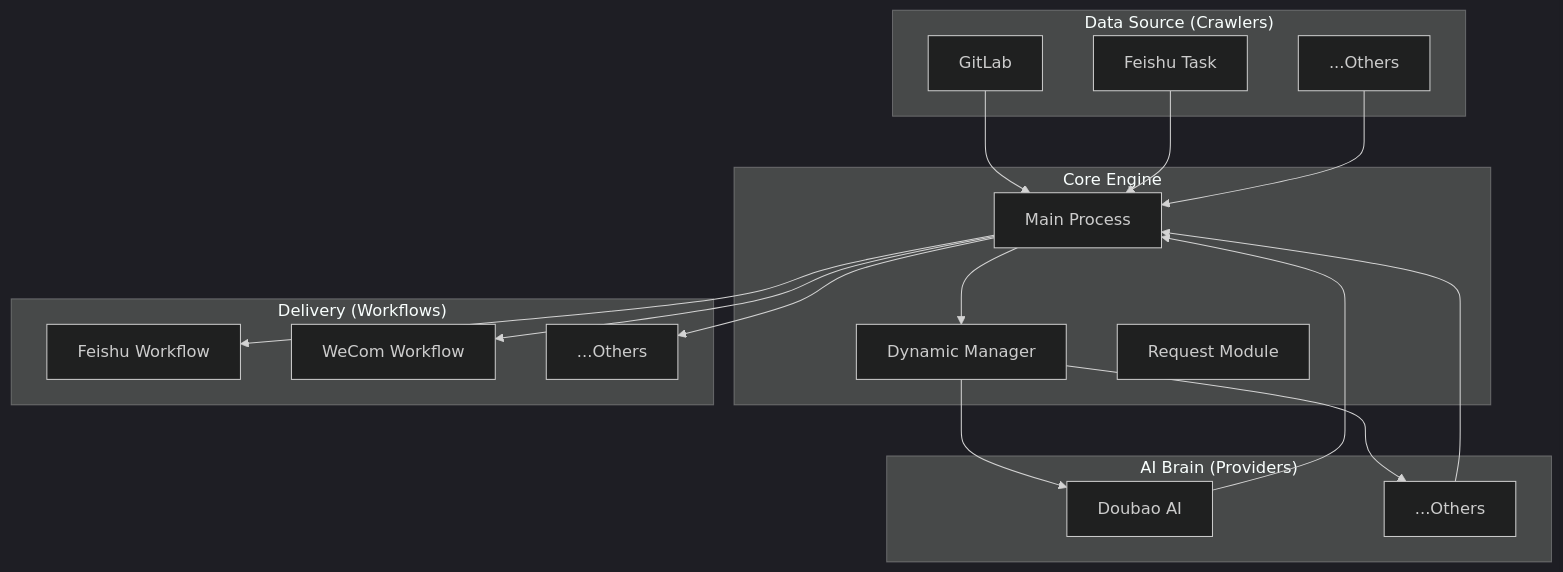
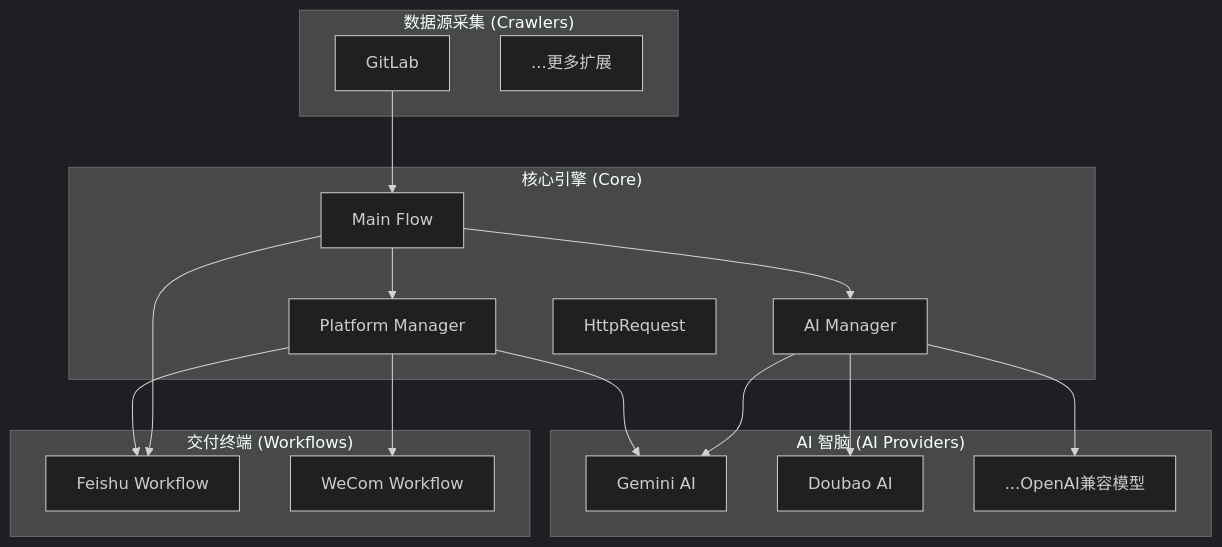
One commit to Youarefortunate/dailybot-miao changed the diagram in README.md. Above: the diagram before and after it, drawn with Mermaid (dark theme). The commit also changed other lines of this file and 17 other files, not shown here.

````diff
--- a/README.md
+++ b/README.md
@@ -28,31 +26,32 @@
 ```mermaid
 graph TD
-    subgraph "Data Source (Crawlers)"
+    subgraph "数据源采集 (Crawlers)"
         G[GitLab]
-        F[Feishu Task]
-        O[...Others]
+        O[...更多扩展]
     end
 
-    subgraph "Core Engine"
-        M[Main Process]
-        DM[Dynamic Manager]
-        RM[Request Module]
+    subgraph "核心引擎 (Core)"
+        M[Main Flow]
+        PM[Platform Manager]
+        AM[AI Manager]
+        REQ[HttpRequest]
     end
 
-    subgraph "AI Brain (Providers)"
-        D[Doubao AI]
-        S[...Others]
+    subgraph "AI 智脑 (AI Providers)"
+        GM[Gemini AI]
+        DB[Doubao AI]
+        OT[...OpenAI兼容模型]
     end
 
-    subgraph "Delivery (Workflows)"
-        FW[Feishu Workflow]
-        WW[WeCom Workflow]
-        TW[...Others]
+    subgraph "交付终端 (Workflows)"
+        FS[Feishu Workflow]
+        WC[WeCom Workflow]
     end
 
-    G & F & O --> M
-    M --> DM
-    DM --> D & S
-    D & S --> M
-    M --> FW & WW & TW
+    G --> M
+    M --> PM
+    PM --> FS & WC & GM
+    M --> AM
+    AM --> GM & DB & OT
+    M --> FS
 ```
````
